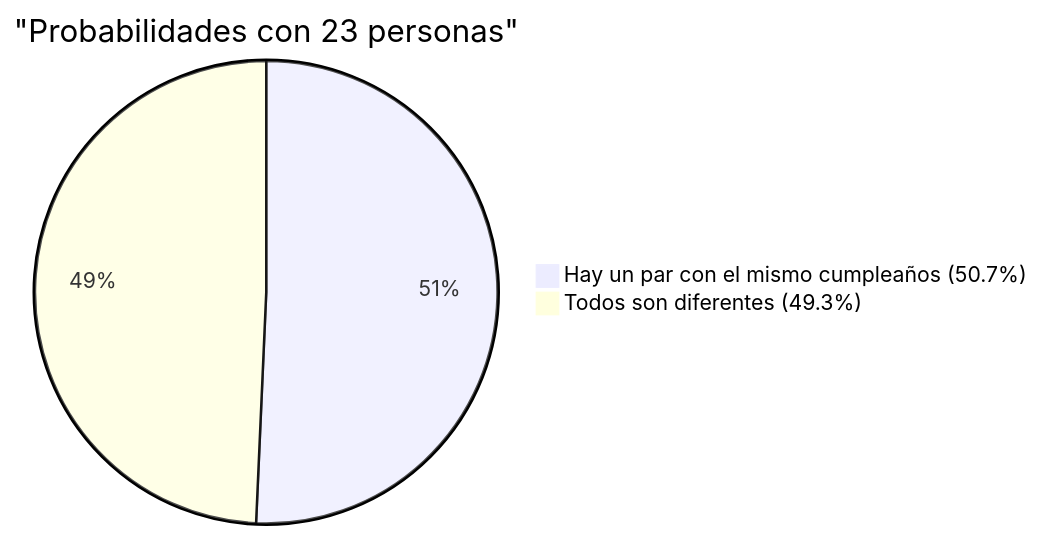
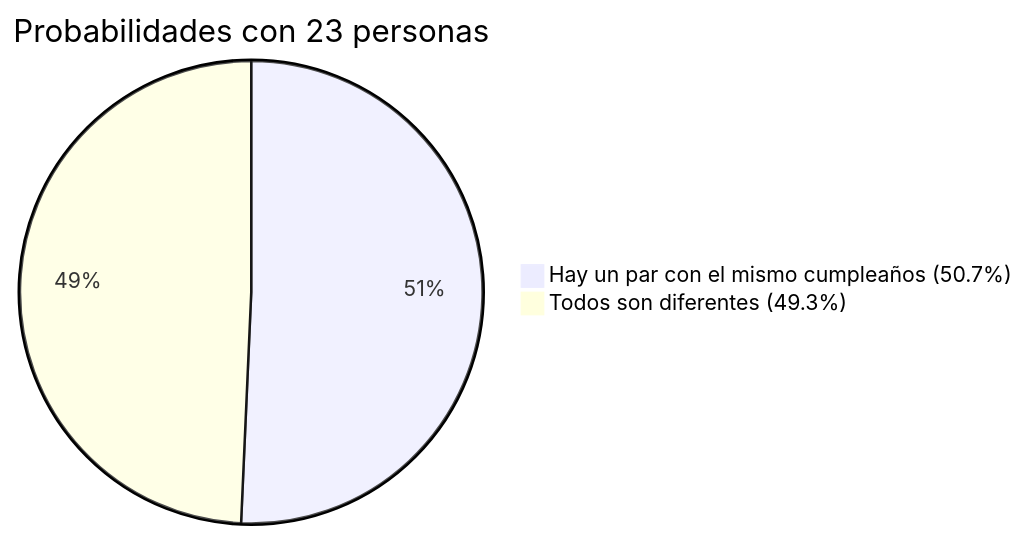
The second of 2 diagrams in content/post/バースデイパラドックス/index.es.md (kenjinote/blog), drawn with Mermaid before and after one commit. The commit also changed other lines of this file and 703 other files, not shown here.

Commit message:
Fix: Remove quotes from Mermaid link texts and timeline definitions to support Mermaid 11.4.1

````diff
--- a/content/post/バースデイパラドックス/index.es.md
+++ b/content/post/バースデイパラドックス/index.es.md
@@ -100,5 +100,5 @@
 ```mermaid
-pie title "Probabilidades con 23 personas"
+pie title Probabilidades con 23 personas
     "Hay un par con el mismo cumpleaños (50.7%)" : 50.7
     "Todos son diferentes (49.3%)" : 49.3
 ```
````
